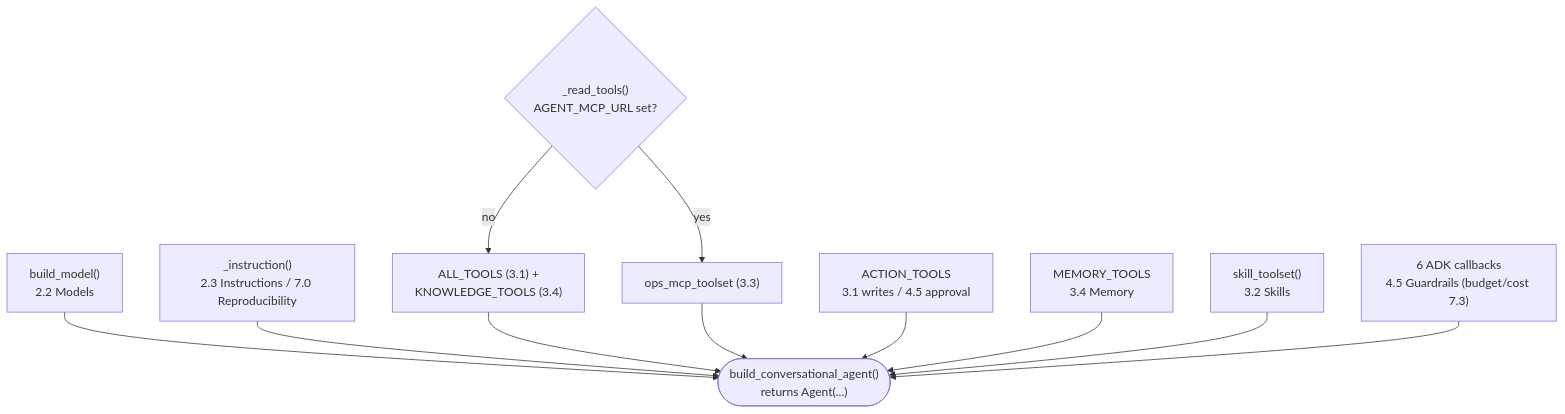
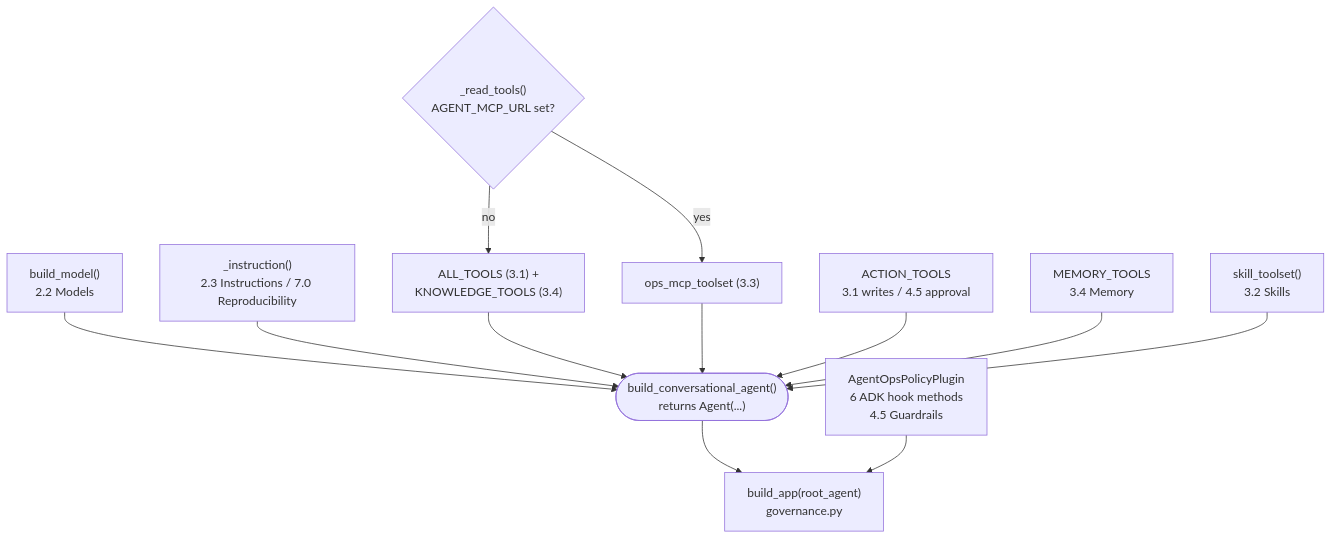
One commit to LuiGGi629/agentops-open-course changed the diagram in docs/2. Agents/2.1. First Agent.md. Above: the diagram before and after it, drawn with Mermaid. The commit also changed other lines of this file and 44 other files, not shown here.

````diff
--- a/docs/2. Agents/2.1. First Agent.md
+++ b/docs/2. Agents/2.1. First Agent.md
@@ -131,14 +131,15 @@
 ```mermaid
 flowchart TD
     BM["build_model()<br/>2.2 Models"] --> RA(["build_conversational_agent()<br/>returns Agent(...)"])
     IN["_instruction()<br/>2.3 Instructions / 7.0 Reproducibility"] --> RA
     RT{"_read_tools()<br/>AGENT_MCP_URL set?"}
     RT -->|no| LOC["ALL_TOOLS (3.1) +<br/>KNOWLEDGE_TOOLS (3.4)"]
     RT -->|yes| MCP["ops_mcp_toolset (3.3)"]
     LOC --> RA
     MCP --> RA
     AC["ACTION_TOOLS<br/>3.1 writes / 4.5 approval"] --> RA
     ME["MEMORY_TOOLS<br/>3.4 Memory"] --> RA
     SK["skill_toolset()<br/>3.2 Skills"] --> RA
-    CB["6 ADK callbacks<br/>4.5 Guardrails (budget/cost 7.3)"] --> RA
+    RA --> APP["build_app(root_agent)<br/>governance.py"]
+    PL["AgentOpsPolicyPlugin<br/>6 ADK hook methods<br/>4.5 Guardrails"] --> APP
 ```
````
